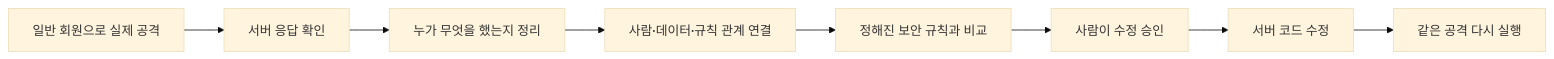
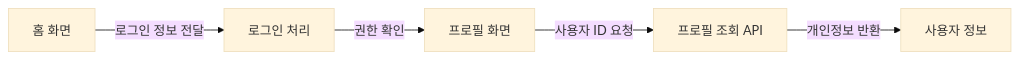
One commit to dlwldn4824/codex_community changed the first of 3 diagrams in README.md. Above: the diagram before and after it, drawn with Mermaid (base theme). The commit also changed other lines of this file and 8 other files, not shown here.

Commit message:
feat: visualize detailed repository security flows

````diff
--- a/README.md
+++ b/README.md
@@ -43,10 +15,7 @@
 ```mermaid
 flowchart LR
-  A[일반 회원으로 실제 공격] --> B[서버 응답 확인]
-  B --> C[누가 무엇을 했는지 정리]
-  C --> D[사람·데이터·규칙 관계 연결]
-  D --> E[정해진 보안 규칙과 비교]
-  E --> F[사람이 수정 승인]
-  F --> G[서버 코드 수정]
-  G --> H[같은 공격 다시 실행]
+  A[홈 화면] -->|로그인 정보 전달| B[로그인 처리]
+  B -->|권한 확인| C[프로필 화면]
+  C -->|사용자 ID 요청| D[프로필 조회 API]
+  D -->|개인정보 반환| E[사용자 정보]
 ```
````
